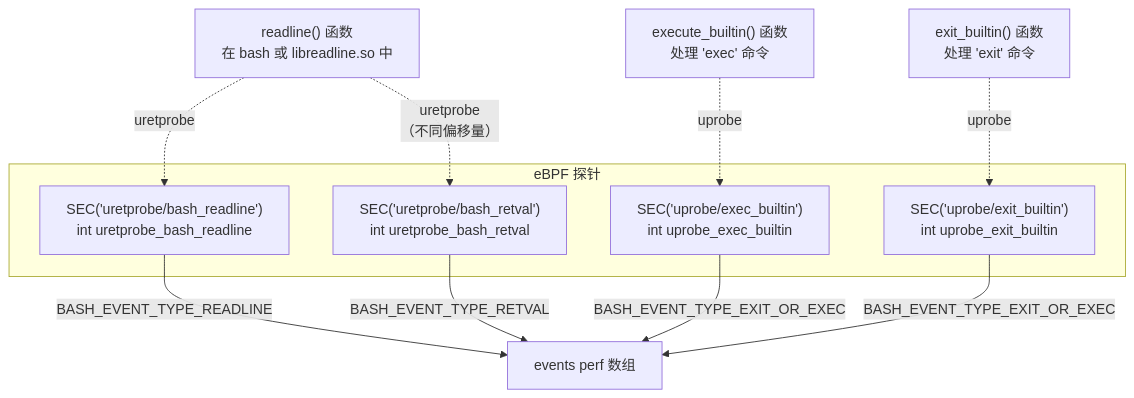
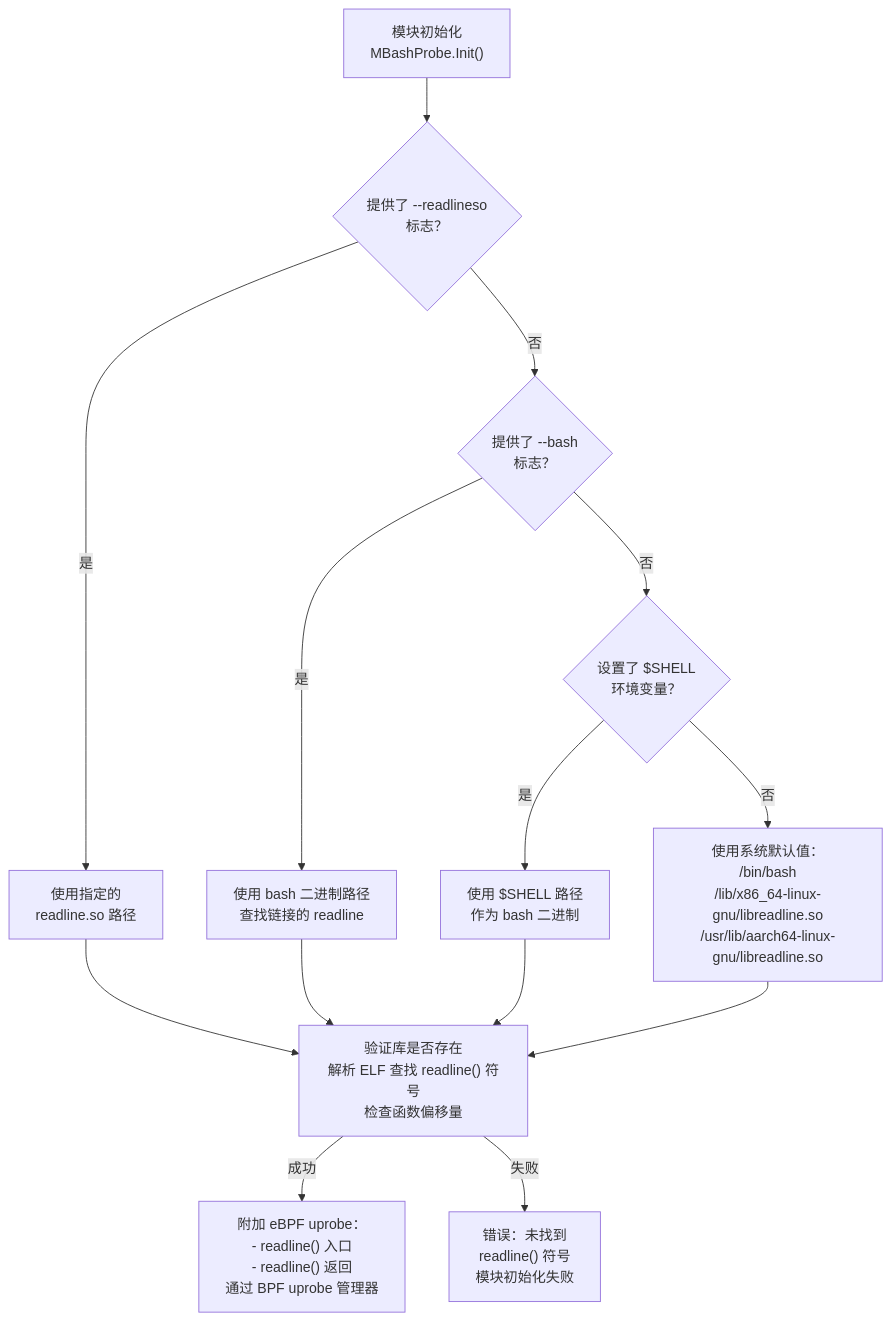
Before and after one commit to gojue/ecapture.cc: the fifth of 6 diagrams in src/zh/3-capture-modules/3.2.1-shell-command-auditing.md, drawn with Mermaid. The commit also changed other lines of this file and 115 other files, not shown here.

````diff
--- a/src/zh/3-capture-modules/3.2.1-shell-command-auditing.md
+++ b/src/zh/3-capture-modules/3.2.1-shell-command-auditing.md
@@ -392,23 +318,37 @@
 ```mermaid
-graph TB
-    Readline["readline() 函数<br/>在 bash 或 libreadline.so 中"]
-    ExecBuiltin["execute_builtin() 函数<br/>处理 'exec' 命令"]
-    ExitBuiltin["exit_builtin() 函数<br/>处理 'exit' 命令"]
+flowchart TD
+    Start["模块初始化<br/>MBashProbe.Init()"]
     
-    subgraph "eBPF 探针"
-        P1["SEC('uretprobe/bash_readline')<br/>int uretprobe_bash_readline"]
-        P2["SEC('uretprobe/bash_retval')<br/>int uretprobe_bash_retval"]
-        P3["SEC('uprobe/exec_builtin')<br/>int uprobe_exec_builtin"]
-        P4["SEC('uprobe/exit_builtin')<br/>int uprobe_exit_builtin"]
-    end
+    CheckReadlineFlag{"提供了 --readlineso<br/>标志？"}
+    UseReadlineFlag["使用指定的<br/>readline.so 路径"]
     
-    Readline -.->|"uretprobe"| P1
-    Readline -.->|"uretprobe<br/>（不同偏移量）"| P2
-    ExecBuiltin -.->|"uprobe"| P3
-    ExitBuiltin -.->|"uprobe"| P4
+    CheckBashFlag{"提供了 --bash<br/>标志？"}
+    UseBashPath["使用 bash 二进制路径<br/>查找链接的 readline"]
     
-    P1 -->|"BASH_EVENT_TYPE_READLINE"| Events["events perf 数组"]
-    P2 -->|"BASH_EVENT_TYPE_RETVAL"| Events
-    P3 -->|"BASH_EVENT_TYPE_EXIT_OR_EXEC"| Events
-    P4 -->|"BASH_EVENT_TYPE_EXIT_OR_EXEC"| Events
+    CheckShellEnv{"设置了 $SHELL<br/>环境变量？"}
+    UseShellEnv["使用 $SHELL 路径<br/>作为 bash 二进制"]
+    
+    DefaultPaths["使用系统默认值：<br/>/bin/bash<br/>/lib/x86_64-linux-gnu/libreadline.so<br/>/usr/lib/aarch64-linux-gnu/libreadline.so"]
+    
+    VerifyLib["验证库是否存在<br/>解析 ELF 查找 readline() 符号<br/>检查函数偏移量"]
+    
+    AttachUprobes["附加 eBPF uprobe：<br/>- readline() 入口<br/>- readline() 返回<br/>通过 BPF uprobe 管理器"]
+    
+    Start --> CheckReadlineFlag
+    CheckReadlineFlag -->|"是"| UseReadlineFlag
+    CheckReadlineFlag -->|"否"| CheckBashFlag
+    
+    CheckBashFlag -->|"是"| UseBashPath
+    CheckBashFlag -->|"否"| CheckShellEnv
+    
+    CheckShellEnv -->|"是"| UseShellEnv
+    CheckShellEnv -->|"否"| DefaultPaths
+    
+    UseReadlineFlag --> VerifyLib
+    UseBashPath --> VerifyLib
+    UseShellEnv --> VerifyLib
+    DefaultPaths --> VerifyLib
+    
+    VerifyLib -->|"成功"| AttachUprobes
+    VerifyLib -->|"失败"| Error["错误：未找到<br/>readline() 符号<br/>模块初始化失败"]
 ```
````
